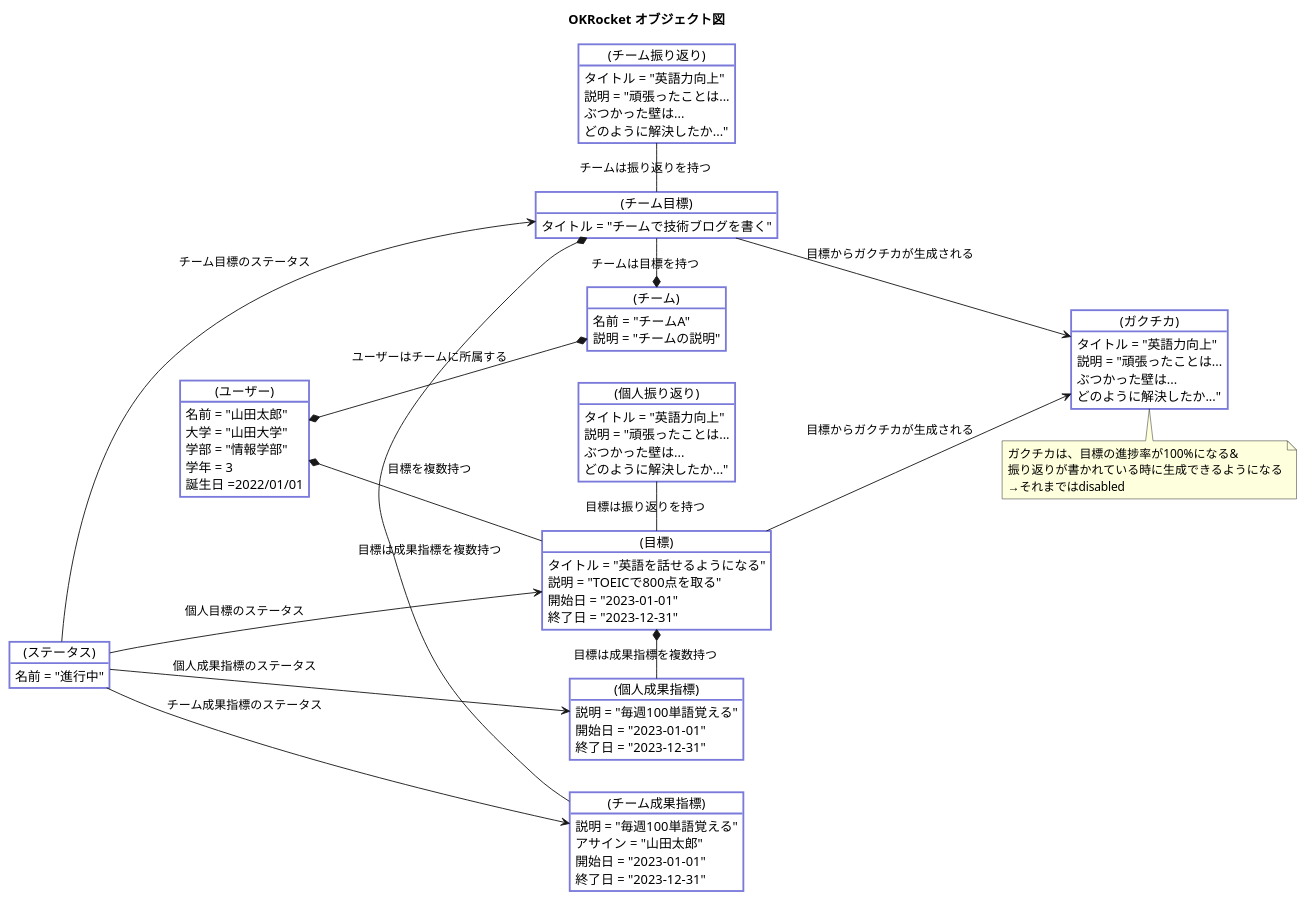
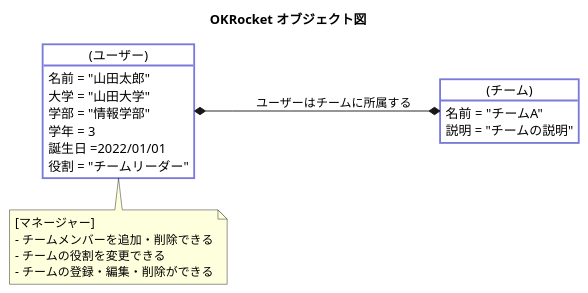
One commit to Yuma-Tsukakoshi/OKRocket changed the diagram in docs/3-object/TeamManagementUsecase.pu. Above: the diagram before and after it, drawn with PlantUML. The commit also changed 2 other files, not shown here.

```diff
--- a/docs/3-object/TeamManagementUsecase.pu
+++ b/docs/3-object/TeamManagementUsecase.pu
@@ -1,93 +1,36 @@
 @startuml
 title OKRocket オブジェクト図
 
 left to right direction
 
 skinparam object {
   BackgroundColor #ffffff
   BorderColor #7a7adb
   FontColor #000000
   BorderThickness 2
 }
 
 object "(ユーザー)" as User {
   名前 = "山田太郎"
   大学 = "山田大学"
   学部 = "情報学部"
   学年 = 3
   誕生日 =2022/01/01
+  役割 = "チームリーダー"
 }
-
-object "(目標)" as Objective {
-  タイトル = "英語を話せるようになる"
-  説明 = "TOEICで800点を取る"
-  開始日 = "2023-01-01"
-  終了日 = "2023-12-31"
-}
-
-object "(個人成果指標)" as KeyResult {
-  説明 = "毎週100単語覚える"
-  開始日 = "2023-01-01"
-  終了日 = "2023-12-31"
-}
-
-object "(チーム成果指標)" as TeamKeyResult {
-  説明 = "毎週100単語覚える"
-  アサイン = "山田太郎"
-  開始日 = "2023-01-01"
-  終了日 = "2023-12-31"
-}
-
-object "(個人振り返り)" as Reflection {
-  タイトル = "英語力向上"
-  説明 = "頑張ったことは...\nぶつかった壁は...\nどのように解決したか..."
-}
-object "(チーム振り返り)" as TeamReflection {
-  タイトル = "英語力向上"
-  説明 = "頑張ったことは...\nぶつかった壁は...\nどのように解決したか..."
-}
-
-object "(ガクチカ)" as Gakutika {
-  タイトル = "英語力向上"
-  説明 = "頑張ったことは...\nぶつかった壁は...\nどのように解決したか..."
-}
-note bottom of Gakutika
-  ガクチカは、目標の進捗率が100%になる&
-  振り返りが書かれている時に生成できるようになる
-  →それまではdisabled
-end note
-
 
 object "(チーム)" as Team {
   名前 = "チームA"
   説明 = "チームの説明"
 }
 
-object "(チーム目標)" as TeamObjective {
-  タイトル = "チームで技術ブログを書く"
-}
-
-object "(ステータス)" as Status {
-  名前 = "進行中"
-}
-
 User *--* Team : "ユーザーはチームに所属する"
 
-Objective -up-* User : "目標を複数持つ"
-Objective *- KeyResult : "目標は成果指標を複数持つ"
-Objective -left- Reflection : "目標は振り返りを持つ"
-
-TeamObjective -* Team : "チームは目標を持つ"
-TeamObjective *-  TeamKeyResult : "目標は成果指標を複数持つ"
-TeamObjective -left- TeamReflection : "チームは振り返りを持つ"
-
-Objective --> Gakutika : "目標からガクチカが生成される"
-TeamObjective --> Gakutika : "目標からガクチカが生成される"
-
-Status ---> TeamObjective : "チーム目標のステータス"
-Status ---> Objective : "個人目標のステータス"
-Status ---> KeyResult : "個人成果指標のステータス"
-Status ---> TeamKeyResult : "チーム成果指標のステータス"
-
+note bottom of User
+  [マネージャー]
+  - チームメンバーを追加・削除できる
+  - チームの役割を変更できる
+  - チームの登録・編集・削除ができる
+end note
 
 @enduml
```
